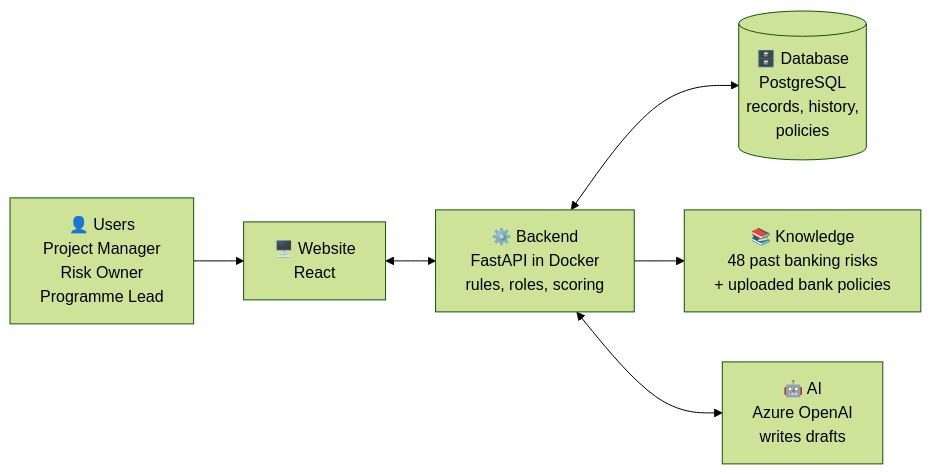
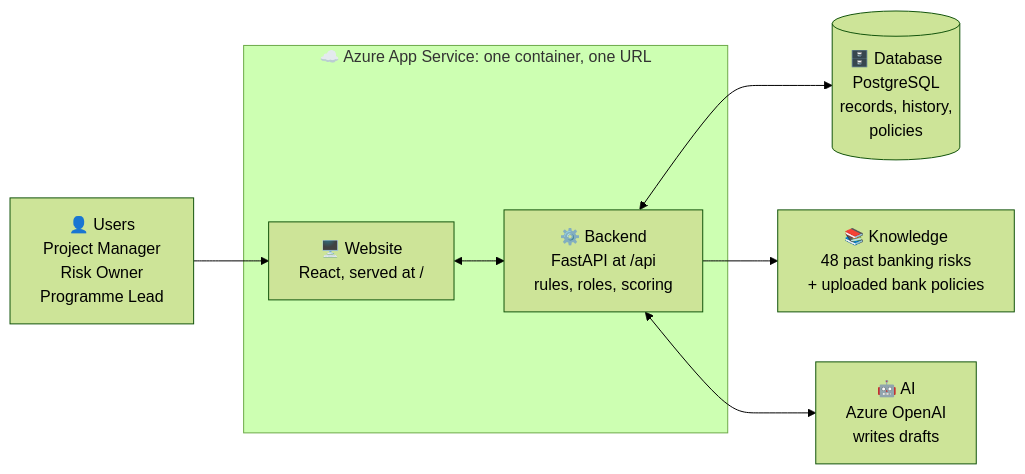
One commit to hershul12/ai-risk-issue-assistant changed the first of 3 diagrams in docs/architecture.md. Above: the diagram before and after it, drawn with Mermaid (forest theme). The commit also changed other lines of this file and 10 other files, not shown here.

Commit message:
One container: FastAPI serves the React app on Azure App Service

````diff
--- a/docs/architecture.md
+++ b/docs/architecture.md
@@ -8,15 +8,17 @@
 ```mermaid
 flowchart LR
     USER["👤 Users<br/>Project Manager<br/>Risk Owner<br/>Programme Lead"]
-    WEB["🖥️ Website<br/>React"]
-    API["⚙️ Backend<br/>FastAPI in Docker<br/>rules, roles, scoring"]
+    subgraph APP["☁️ Azure App Service: one container, one URL"]
+        WEB["🖥️ Website<br/>React, served at /"]
+        API["⚙️ Backend<br/>FastAPI at /api<br/>rules, roles, scoring"]
+    end
     DB[("🗄️ Database<br/>PostgreSQL<br/>records, history,<br/>policies")]
     AI["🤖 AI<br/>Azure OpenAI<br/>writes drafts"]
     KB["📚 Knowledge<br/>48 past banking risks<br/>+ uploaded bank policies"]
 
     USER --> WEB
     WEB <--> API
     API <--> DB
     API --> KB
     API <--> AI
 ```
````
